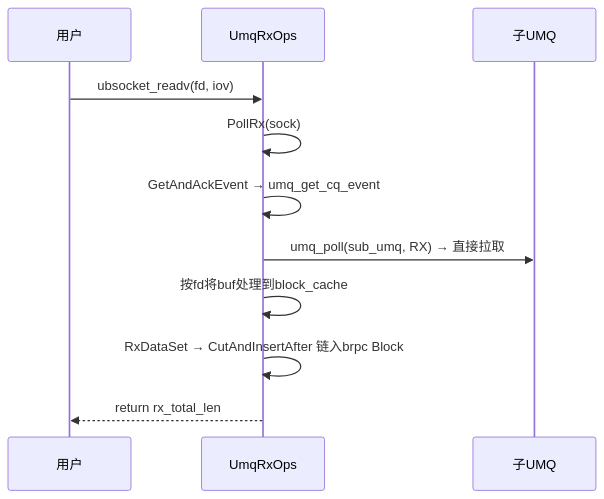
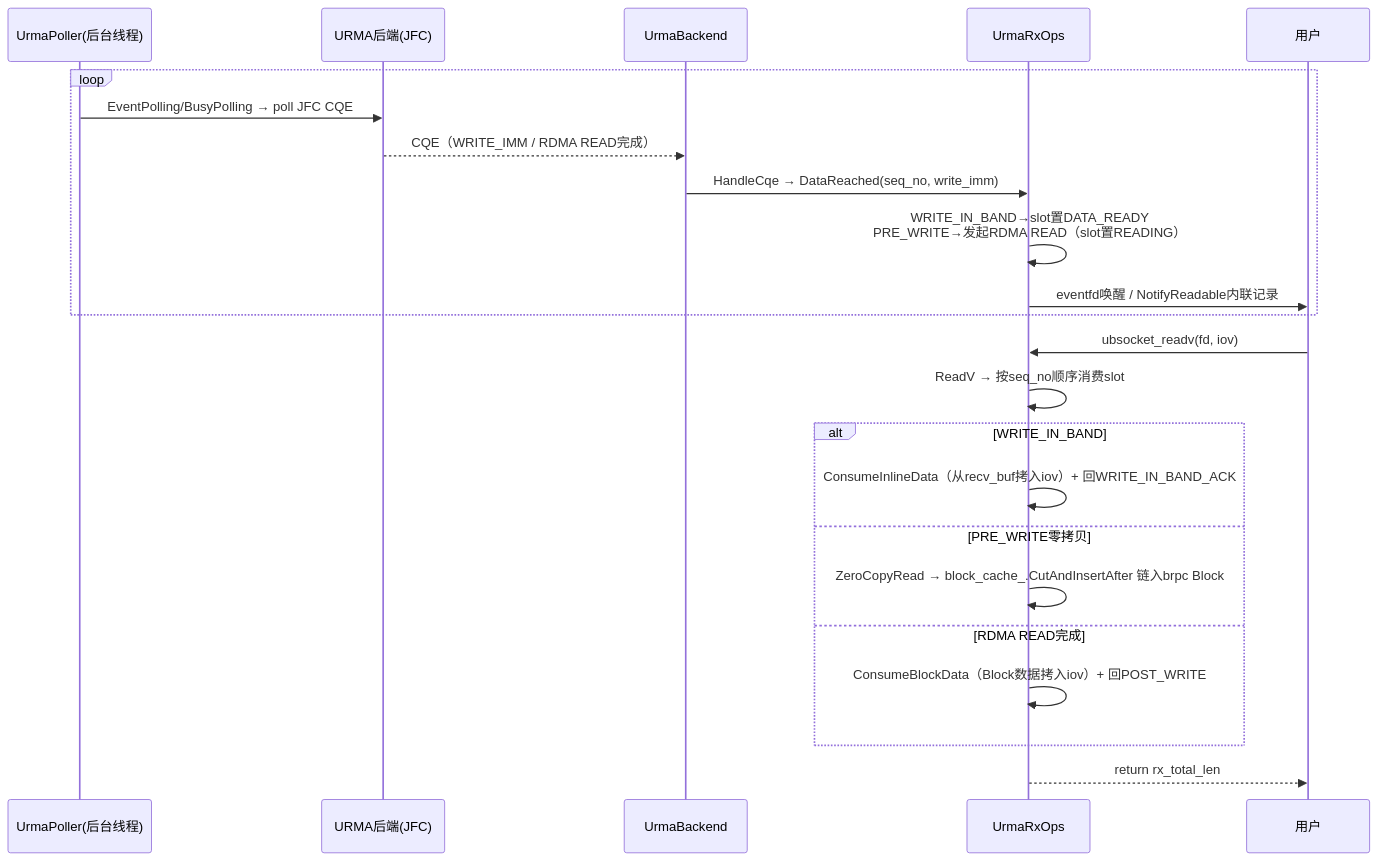
Diagram 11 of 17 in doc/ubsocket/UBSOCKET-ARCHITECTURE.ch.md (openeuler-mirror/ubs-comm), drawn with Mermaid before and after one commit. The commit also changed other lines of this file and 13 other files, not shown here.

````diff
--- a/doc/ubsocket/UBSOCKET-ARCHITECTURE.ch.md
+++ b/doc/ubsocket/UBSOCKET-ARCHITECTURE.ch.md
@@ -520,14 +423,27 @@
 ```mermaid
 sequenceDiagram
+    participant POLLER as UrmaPoller(后台线程)
+    participant URMA as URMA后端(JFC)
+    participant BACKEND as UrmaBackend
+    participant RX as UrmaRxOps
     participant APP as 用户
-    participant RX as UmqRxOps
-    participant UMQ as 子UMQ
+
+    loop
+        POLLER->>URMA: EventPolling/BusyPolling → poll JFC CQE
+        URMA-->>BACKEND: CQE（WRITE_IMM / RDMA READ完成）
+        BACKEND->>RX: HandleCqe → DataReached(seq_no, write_imm)
+        RX->>RX: WRITE_IN_BAND→slot置DATA_READY<br/>PRE_WRITE→发起RDMA READ（slot置READING）
+        RX->>APP: eventfd唤醒 / NotifyReadable内联记录
+    end
 
     APP->>RX: ubsocket_readv(fd, iov)
-    RX->>RX: PollRx(sock)
-    RX->>RX: GetAndAckEvent → umq_get_cq_event
-    RX->>UMQ: umq_poll(sub_umq, RX) → 直接拉取
-    RX->>RX: 按fd将buf处理到block_cache
-    RX->>RX: RxDataSet → CutAndInsertAfter 链入brpc Block
+    RX->>RX: ReadV → 按seq_no顺序消费slot
+    alt WRITE_IN_BAND
+        RX->>RX: ConsumeInlineData（从recv_buf拷入iov）+ 回WRITE_IN_BAND_ACK
+    else PRE_WRITE零拷贝
+        RX->>RX: ZeroCopyRead → block_cache_.CutAndInsertAfter 链入brpc Block
+    else RDMA READ完成
+        RX->>RX: ConsumeBlockData（Block数据拷入iov）+ 回POST_WRITE
+    end
     RX-->>APP: return rx_total_len
 ```
````
